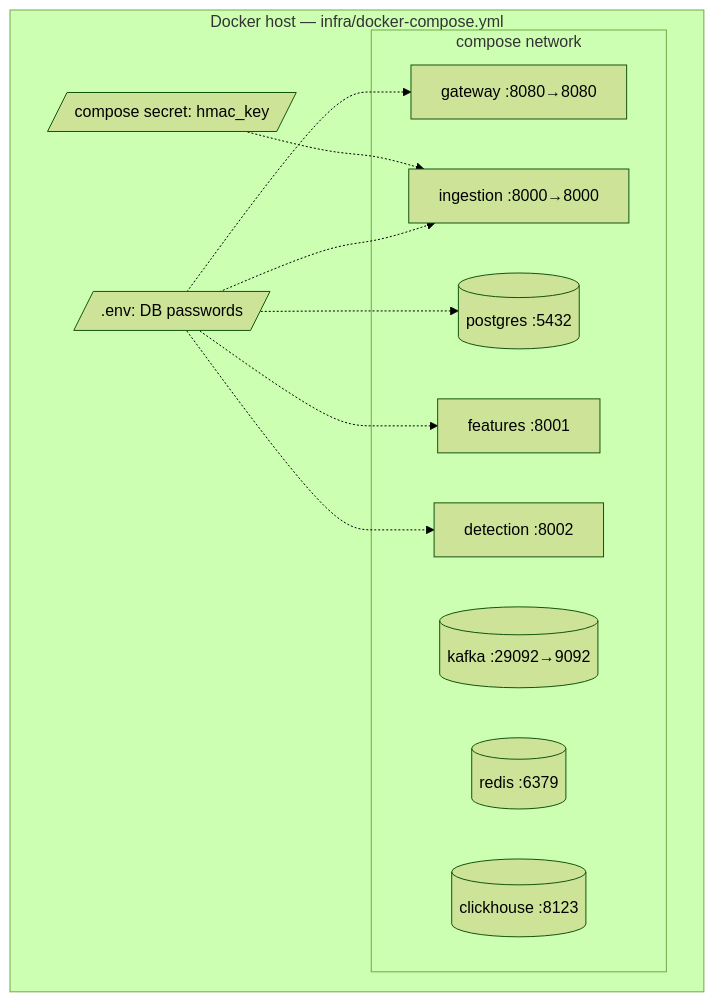
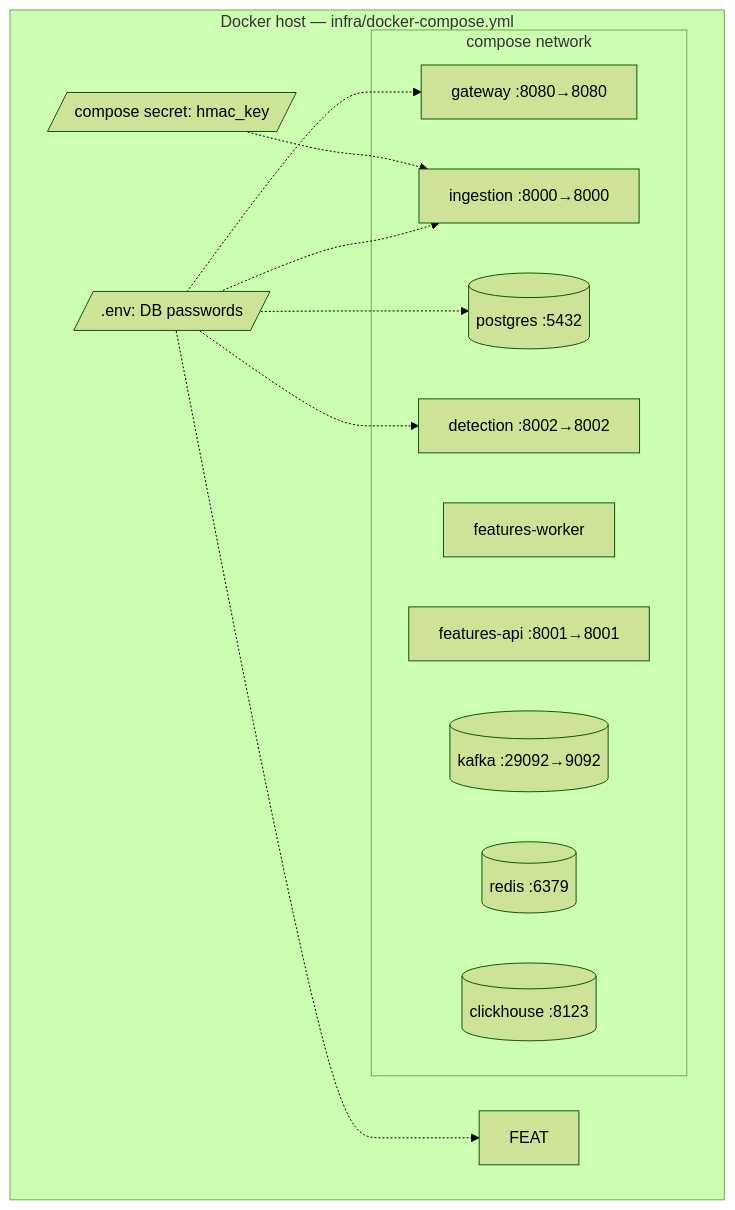
Before and after one commit to voiteshonok/FeatureStore: the second of 2 diagrams in docs/architecture.md, drawn with Mermaid (forest theme). The commit also changed other lines of this file and 2 other files, not shown here.

````diff
--- a/docs/architecture.md
+++ b/docs/architecture.md
@@ -98,17 +105,18 @@
 ```mermaid
 flowchart TB
     subgraph host [Docker host — infra/docker-compose.yml]
         subgraph net [compose network]
             GW[gateway :8080→8080]
             ING[ingestion :8000→8000]
-            FEAT[features :8001]
-            DET[detection :8002]
+            FW[features-worker]
+            FA[features-api :8001→8001]
+            DET[detection :8002→8002]
             K[(kafka :29092→9092)]
             PG[(postgres :5432)]
             R[(redis :6379)]
             CH[(clickhouse :8123)]
         end
         SEC[/compose secret: hmac_key/] -.-> ING
         ENV[/.env: DB passwords/] -.-> PG & ING & FEAT & DET & GW
     end
 ```
````
